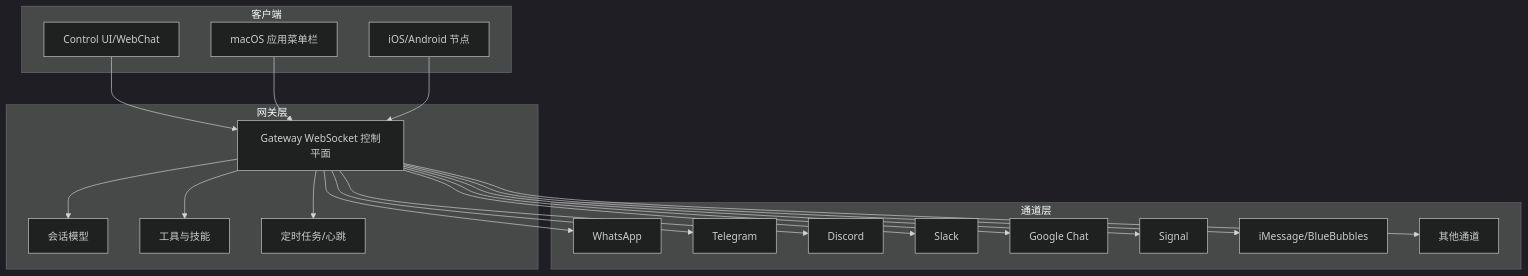
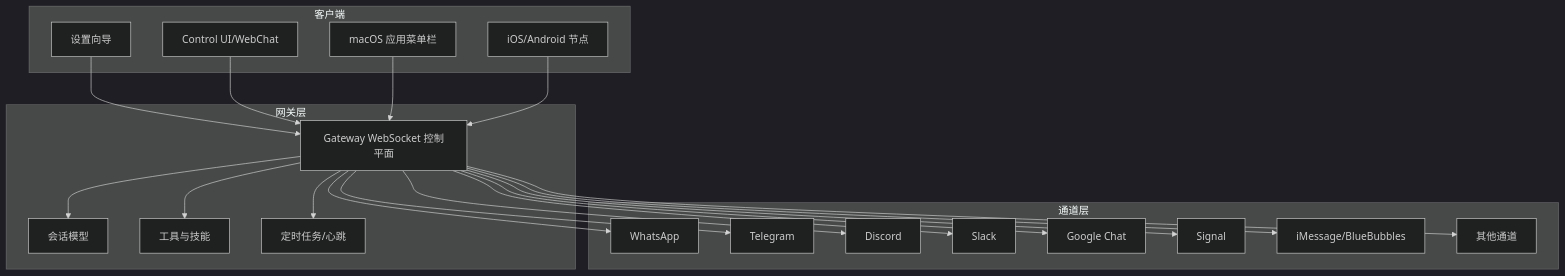
One commit to verse-ai-org/openclaw changed the first of 4 diagrams in .qoder/repowiki/zh/content/快速开始.md. Above: the diagram before and after it, drawn with Mermaid (dark theme). The commit also changed other lines of this file and 318 other files, not shown here.

Commit message:
feat(setup wizard): app启动配置ui

````diff
--- a/.qoder/repowiki/zh/content/快速开始.md
+++ b/.qoder/repowiki/zh/content/快速开始.md
@@ -52,38 +72,40 @@
 ```mermaid
 graph TB
 subgraph "客户端"
 UI["Control UI/WebChat"]
 App["macOS 应用菜单栏"]
 Nodes["iOS/Android 节点"]
+SetupWizard["设置向导"]
 end
 subgraph "网关层"
 GW["Gateway WebSocket 控制平面"]
 Sessions["会话模型"]
 Tools["工具与技能"]
 Cron["定时任务/心跳"]
 end
 subgraph "通道层"
 WA["WhatsApp"]
 TG["Telegram"]
 DC["Discord"]
 SL["Slack"]
 GC["Google Chat"]
 SI["Signal"]
 IM["iMessage/BlueBubbles"]
 Others["其他通道"]
 end
+SetupWizard --> GW
 UI --> GW
 App --> GW
 Nodes --> GW
 GW --> Sessions
 GW --> Tools
 GW --> Cron
 GW --> WA
 GW --> TG
 GW --> DC
 GW --> SL
 GW --> GC
 GW --> SI
 GW --> IM
 GW --> Others
 ```
````
